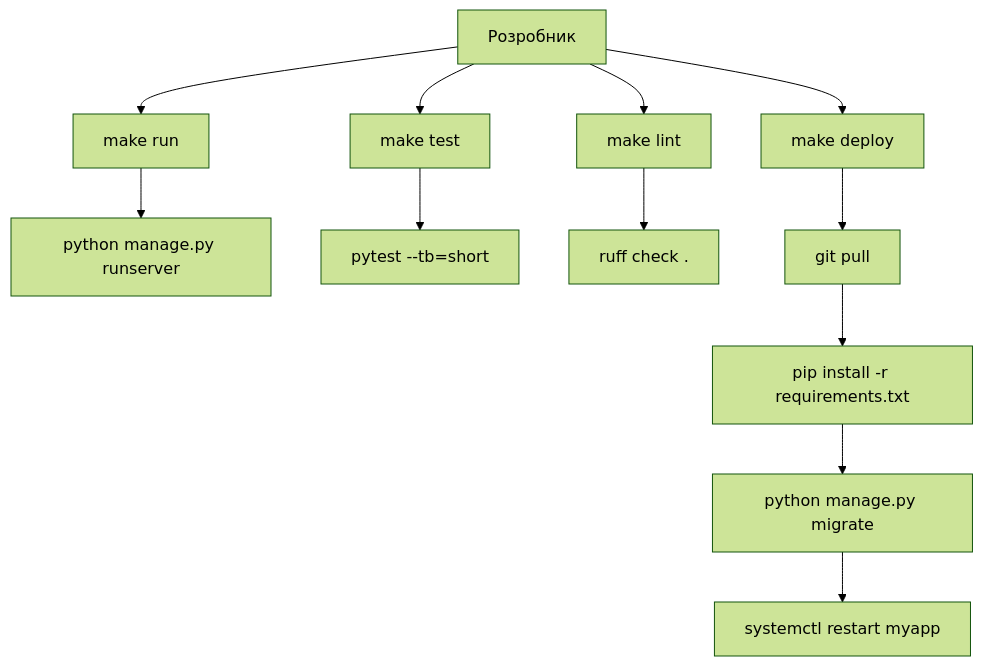
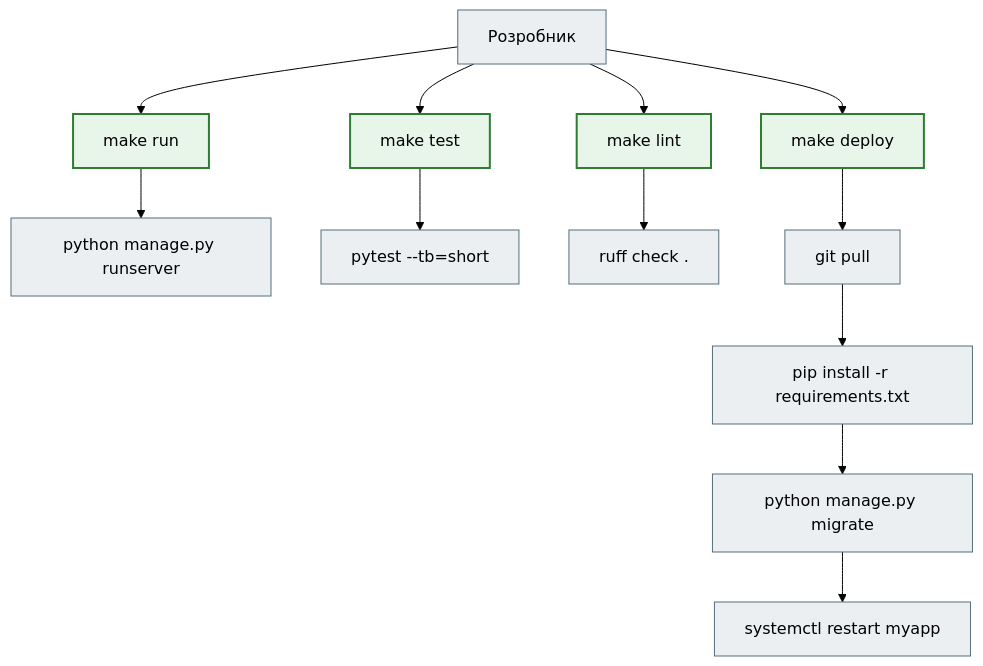
The diagram in docs/10_linux_and_devops/linux_10_makefile_basics_full.md (NikoriakViktot/notes_chat_app), drawn with Mermaid (forest theme) before and after one commit. The commit also changed other lines of this file and 441 other files, not shown here.

First line of the commit message:
Add English version of the book, Mermaid standard, docs fixes

````diff
--- a/docs/10_linux_and_devops/linux_10_makefile_basics_full.md
+++ b/docs/10_linux_and_devops/linux_10_makefile_basics_full.md
@@ -192,15 +192,20 @@
 ```mermaid
 flowchart TD
     Dev["Розробник"] --> MakeRun["make run"]
     Dev --> MakeTest["make test"]
     Dev --> MakeLint["make lint"]
     Dev --> MakeDeploy["make deploy"]
 
     MakeRun --> CMD1["python manage.py runserver"]
     MakeTest --> CMD2["pytest --tb=short"]
     MakeLint --> CMD3["ruff check ."]
     MakeDeploy --> CMD4["git pull"]
     CMD4 --> CMD5["pip install -r requirements.txt"]
     CMD5 --> CMD6["python manage.py migrate"]
     CMD6 --> CMD7["systemctl restart myapp"]
+
+    classDef step     fill:#eceff1,stroke:#546e7a,stroke-width:1px;
+    classDef success  fill:#e8f5e9,stroke:#2e7d32,stroke-width:2px;
+    class Dev,CMD1,CMD2,CMD3,CMD4,CMD5,CMD6,CMD7 step;
+    class MakeRun,MakeTest,MakeLint,MakeDeploy success;
 ```
````
